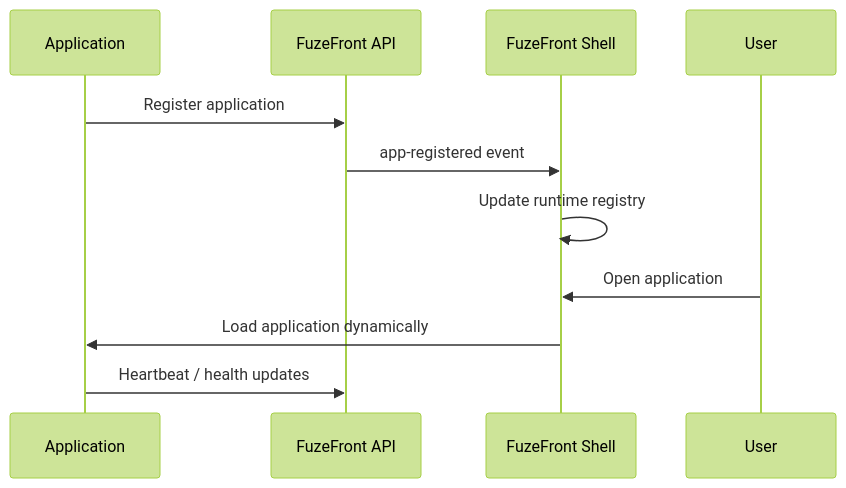
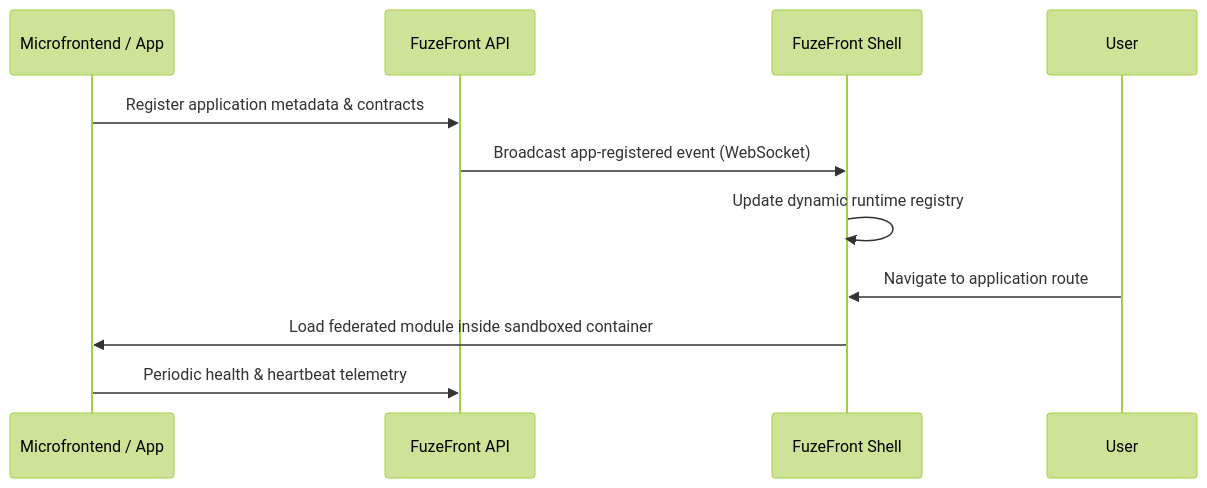
The diagram in README.md (izzywdev/FuzeFront), drawn with Mermaid (forest theme) before and after one commit. The commit also changed other lines of this file, not shown here.

````diff
--- a/README.md
+++ b/README.md
@@ -303,14 +211,14 @@
 ```mermaid
 sequenceDiagram
-    participant A as Application
+    participant A as Microfrontend / App
     participant B as FuzeFront API
     participant H as FuzeFront Shell
     participant U as User
 
-    A->>B: Register application
-    B->>H: app-registered event
-    H->>H: Update runtime registry
-    U->>H: Open application
-    H->>A: Load application dynamically
-    A->>B: Heartbeat / health updates
+    A->>B: Register application metadata & contracts
+    B->>H: Broadcast app-registered event (WebSocket)
+    H->>H: Update dynamic runtime registry
+    U->>H: Navigate to application route
+    H->>A: Load federated module inside sandboxed container
+    A->>B: Periodic health & heartbeat telemetry
 ```
````
